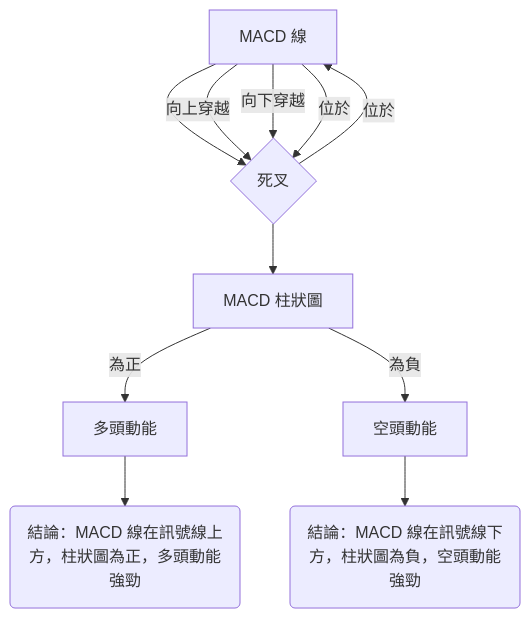
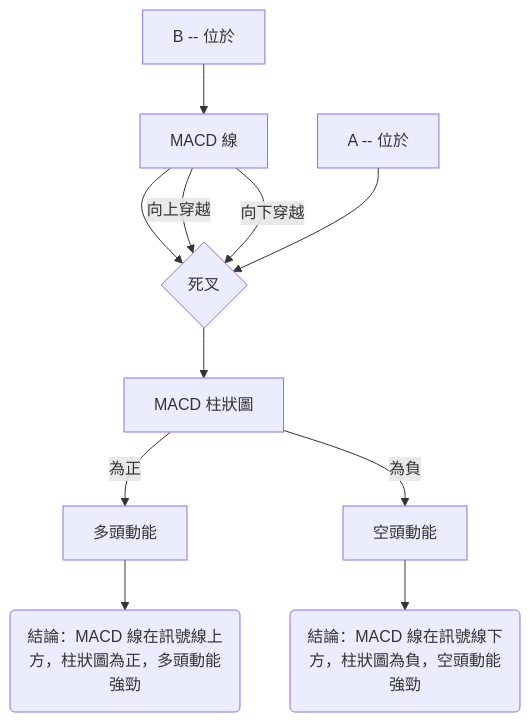
The seventh of 7 diagrams in ai_gen_report/stock/0050/technical_analysis_2026-05-30_gemini.md (yennanliu/finance_data), drawn with Mermaid before and after one commit. The commit also changed other lines of this file and 2258 other files, not shown here.

First line of the commit message:
chore: backfill Mermaid syntax repair across existing reports

````diff
--- a/ai_gen_report/stock/0050/technical_analysis_2026-05-30_gemini.md
+++ b/ai_gen_report/stock/0050/technical_analysis_2026-05-30_gemini.md
@@ -522,13 +522,13 @@
 ```mermaid
 graph TD
-    A[MACD 線] --> B[訊號線]
-    B --> C[MACD 柱狀圖]
-    A -- 向上穿越 --> B{金叉}
-    A -- 向下穿越 --> B{死叉}
-    C -- 為正 --> D[多頭動能]
-    C -- 為負 --> E[空頭動能]
-    A -- 位於 --> B
-    B -- 位於 --> A
-    D --> F(結論：MACD 線在訊號線上方，柱狀圖為正，多頭動能強勁)
-    E --> G(結論：MACD 線在訊號線下方，柱狀圖為負，空頭動能強勁)
+    A["MACD 線"] --> B["訊號線"]
+    B --> C["MACD 柱狀圖"]
+    A -- 向上穿越 --> B{"金叉"}
+    A -- 向下穿越 --> B{"死叉"}
+    C -- 為正 --> D["多頭動能"]
+    C -- 為負 --> E["空頭動能"]
+    nb1["A -- 位於"] --> B
+    nb2["B -- 位於"] --> A
+    D --> F("結論：MACD 線在訊號線上方，柱狀圖為正，多頭動能強勁")
+    E --> G("結論：MACD 線在訊號線下方，柱狀圖為負，空頭動能強勁")
 ```
````
